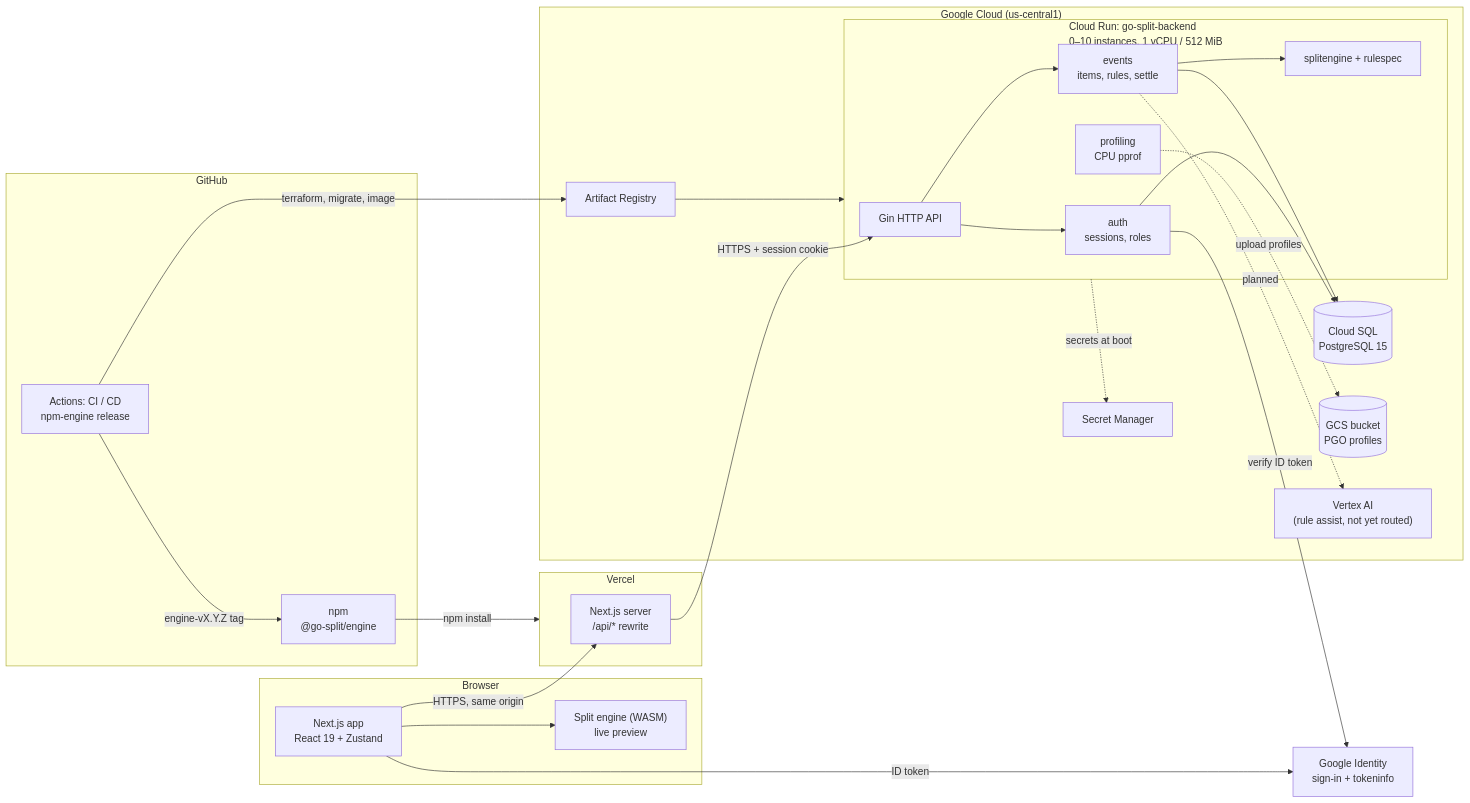
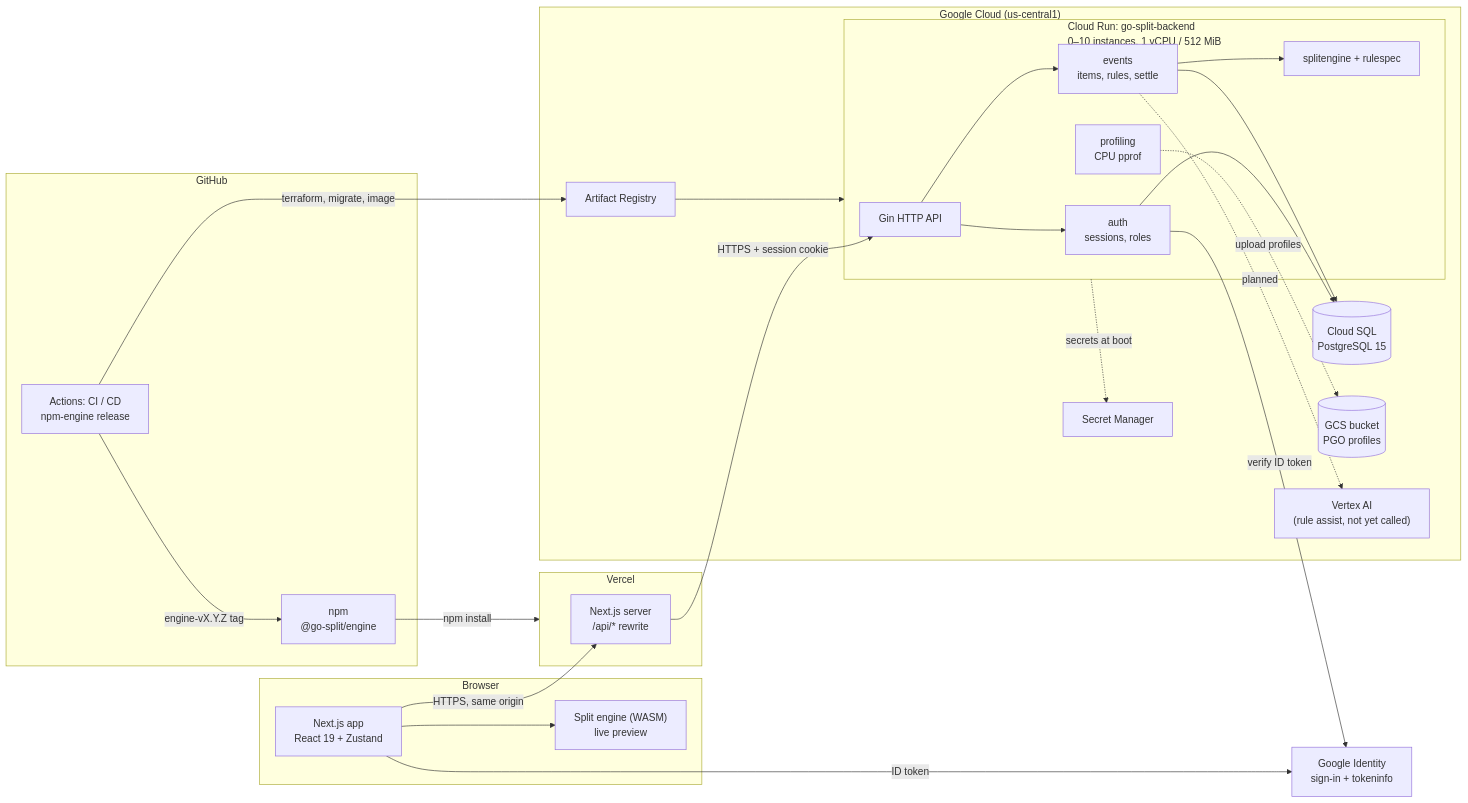
One commit to 2026-MentorShip-Project/go-split-backend changed the third of 3 diagrams in docs/report/01-architecture.md. Above: the diagram before and after it, drawn with Mermaid. The commit also changed other lines of this file and 10 other files, not shown here.

````diff
--- a/docs/report/01-architecture.md
+++ b/docs/report/01-architecture.md
@@ -124,52 +124,52 @@
 ```mermaid
 flowchart LR
     subgraph Browser
         UI["Next.js app<br/>React 19 + Zustand"]
         WASM["Split engine (WASM)<br/>live preview"]
         UI --> WASM
     end
 
     Google["Google Identity<br/>sign-in + tokeninfo"]
 
     subgraph Vercel
         FE["Next.js server<br/>/api/* rewrite"]
     end
 
     subgraph GCP["Google Cloud (us-central1)"]
         subgraph Run["Cloud Run: go-split-backend<br/>0–10 instances, 1 vCPU / 512 MiB"]
             API["Gin HTTP API"]
             AUTH["auth<br/>sessions, roles"]
             EVT["events<br/>items, rules, settle"]
             ENG["splitengine + rulespec"]
             PROF["profiling<br/>CPU pprof"]
             API --> AUTH
             API --> EVT
             EVT --> ENG
         end
         SQL[("Cloud SQL<br/>PostgreSQL 15")]
         SM["Secret Manager"]
         GCS[("GCS bucket<br/>PGO profiles")]
-        VTX["Vertex AI<br/>(rule assist, not yet routed)"]
+        VTX["Vertex AI<br/>(rule assist, not yet called)"]
         GAR["Artifact Registry"]
     end
 
     subgraph GitHub
         CI["Actions: CI / CD<br/>npm-engine release"]
         NPM["npm<br/>@go-split/engine"]
     end
 
     UI -- "HTTPS, same origin" --> FE
     UI -- "ID token" --> Google
     FE -- "HTTPS + session cookie" --> API
     AUTH -- "verify ID token" --> Google
     AUTH --> SQL
     EVT --> SQL
     Run -. "secrets at boot" .-> SM
     PROF -. "upload profiles" .-> GCS
     EVT -. planned .-> VTX
 
     CI -- "terraform, migrate, image" --> GAR
     GAR --> Run
     CI -- "engine-vX.Y.Z tag" --> NPM
     NPM -- "npm install" --> Vercel
 ```
````
